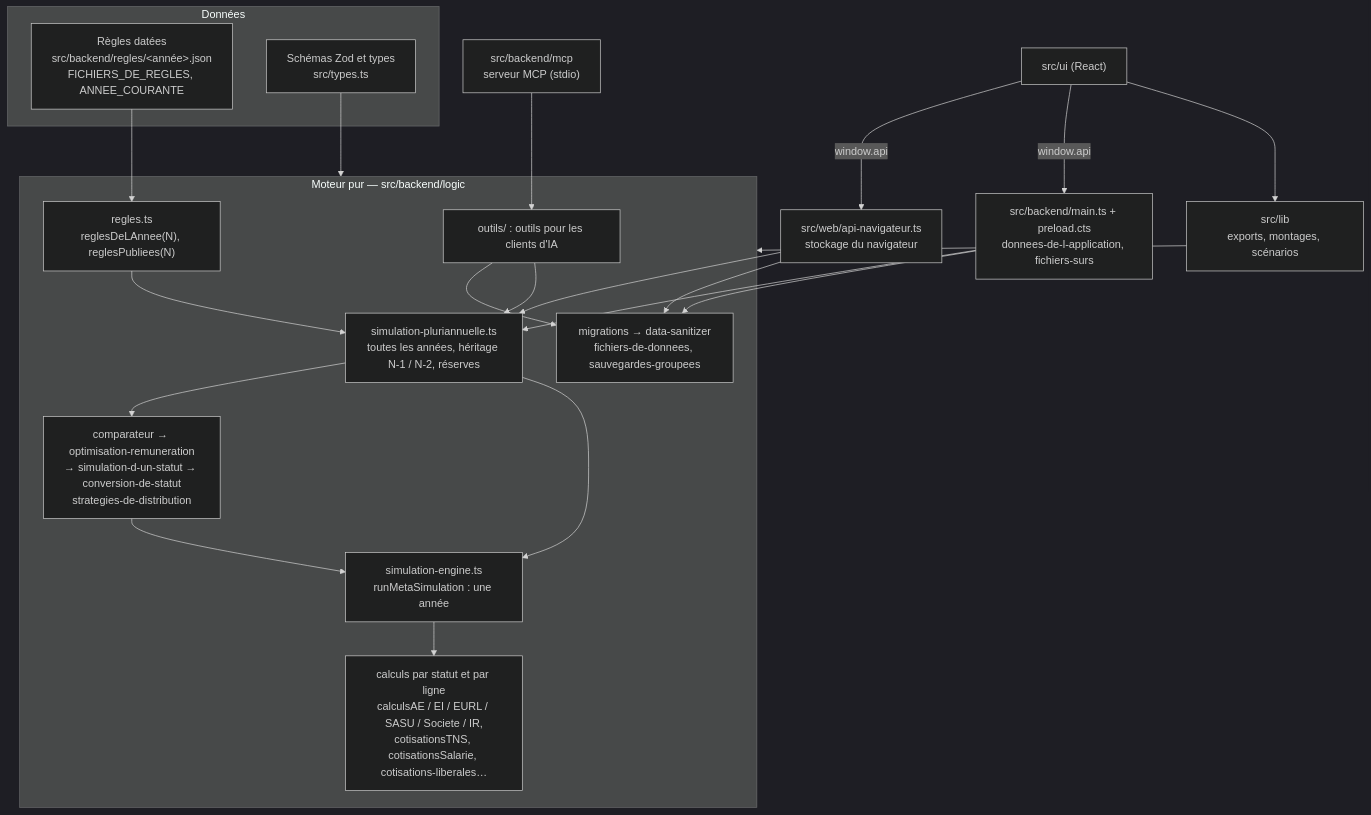
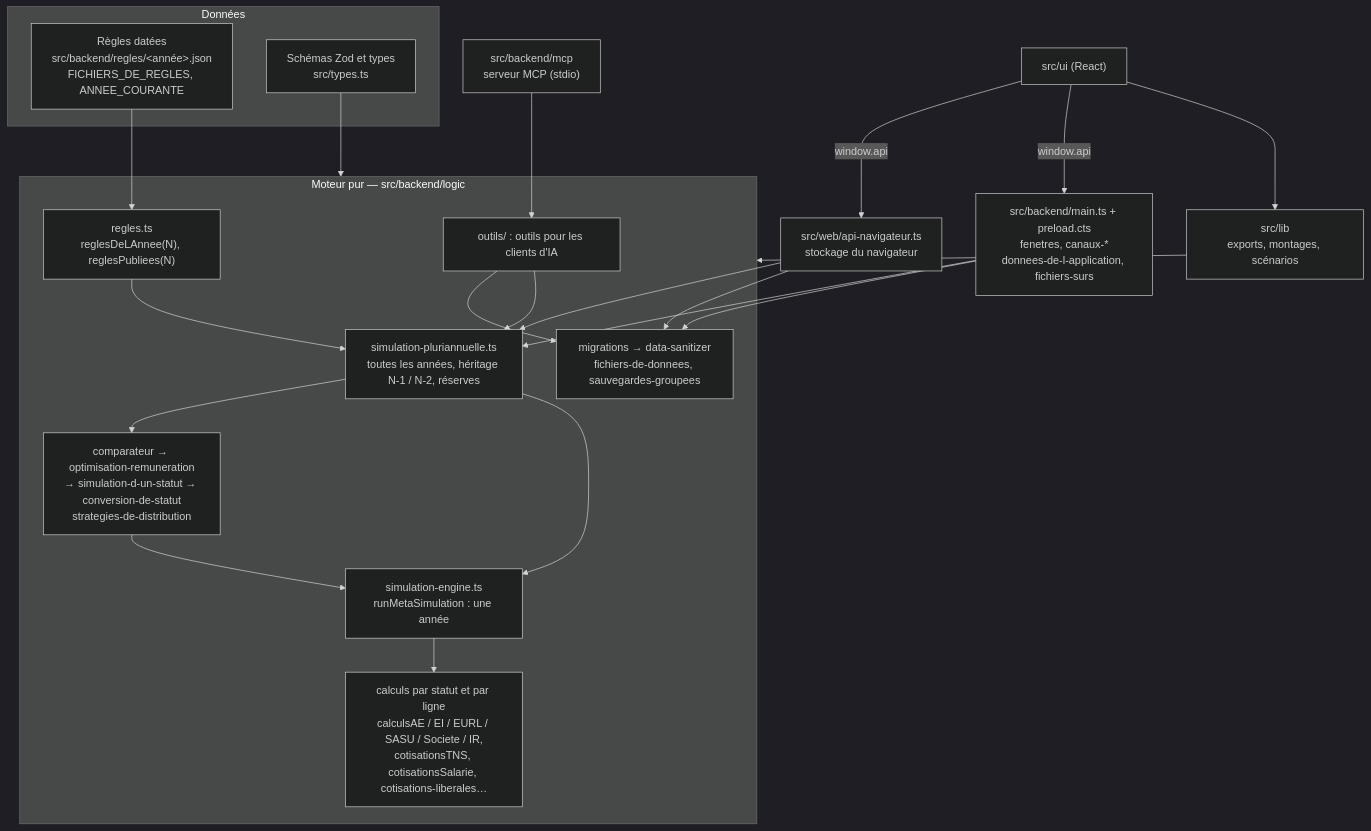
One commit to DamienBecherini/simulateur-independant-fr changed the first of 2 diagrams in documentation/GUIDE_DEVELOPPEUR.md. Above: the diagram before and after it, drawn with Mermaid (dark theme). The commit also changed other lines of this file and 3 other files, not shown here.

Commit message:
docs: Guide du développeur (rôle des fichiers du process principal, logique de l'interface dans src/lib), plan de la relecture et journal des modifications mis à jour pour le découpage de l'interface

````diff
--- a/documentation/GUIDE_DEVELOPPEUR.md
+++ b/documentation/GUIDE_DEVELOPPEUR.md
@@ -105,36 +105,36 @@
 ```mermaid
 flowchart TD
   subgraph Donnees["Données"]
     REGLES["Règles datées<br/>src/backend/regles/&lt;année&gt;.json<br/>FICHIERS_DE_REGLES, ANNEE_COURANTE"]
     TYPES["Schémas Zod et types<br/>src/types.ts"]
   end
   subgraph Moteur["Moteur pur — src/backend/logic"]
     PERS["migrations → data-sanitizer<br/>fichiers-de-donnees, sauvegardes-groupees"]
     R["regles.ts<br/>reglesDeLAnnee(N), reglesPubliees(N)"]
     PLURI["simulation-pluriannuelle.ts<br/>toutes les années, héritage N-1 / N-2, réserves"]
     ENG["simulation-engine.ts<br/>runMetaSimulation : une année"]
     CALC["calculs par statut et par ligne<br/>calculsAE / EI / EURL / SASU / Societe / IR,<br/>cotisationsTNS, cotisationsSalarie, cotisations-liberales…"]
     COMP["comparateur → optimisation-remuneration<br/>→ simulation-d-un-statut → conversion-de-statut<br/>strategies-de-distribution"]
     OUT["outils/ : outils pour les clients d'IA"]
   end
   MCP["src/backend/mcp<br/>serveur MCP (stdio)"]
-  MAIN["src/backend/main.ts + preload.cts<br/>donnees-de-l-application, fichiers-surs"]
+  MAIN["src/backend/main.ts + preload.cts<br/>fenetres, canaux-*<br/>donnees-de-l-application, fichiers-surs"]
   WEB["src/web/api-navigateur.ts<br/>stockage du navigateur"]
   LIB["src/lib<br/>exports, montages, scénarios"]
   UI["src/ui (React)"]
 
   TYPES --> Moteur
   REGLES --> R --> PLURI --> ENG --> CALC
   PLURI --> COMP --> ENG
   OUT --> PLURI
   OUT --> PERS
   MCP --> OUT
   MAIN --> PERS
   MAIN --> PLURI
   WEB --> PERS
   WEB --> PLURI
   LIB --> Moteur
   UI --> LIB
   UI -->|window.api| MAIN
   UI -->|window.api| WEB
 ```
````
